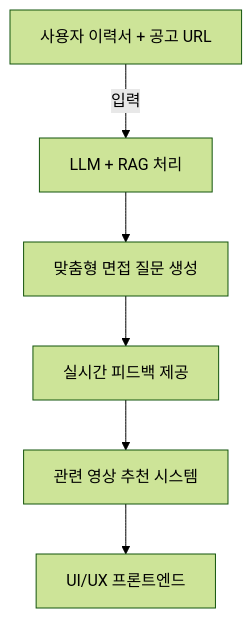
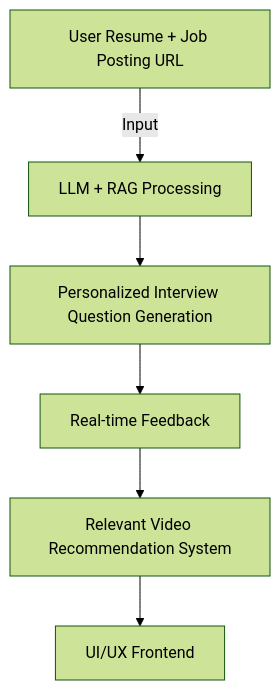
One commit to JOBS-Sookmyung/.github changed the diagram in profile/README.md. Above: the diagram before and after it, drawn with Mermaid (forest theme). The commit also changed other lines of this file, not shown here.

`````diff
--- a/profile/README.md
+++ b/profile/README.md
@@ -72,8 +76,8 @@
 ```mermaid
 flowchart TD
-    A[사용자 이력서 + 공고 URL] -->|입력| B[LLM + RAG 처리]
-    B --> C[맞춤형 면접 질문 생성]
-    C --> D[실시간 피드백 제공]
-    D --> E[관련 영상 추천 시스템]
-    E --> F[UI/UX 프론트엔드]
-````
+    A[User Resume + Job Posting URL] -->|Input| B[LLM + RAG Processing]
+    B --> C[Personalized Interview Question Generation]
+    C --> D[Real-time Feedback]
+    D --> E[Relevant Video Recommendation System]
+    E --> F[UI/UX Frontend]
+```
`````
